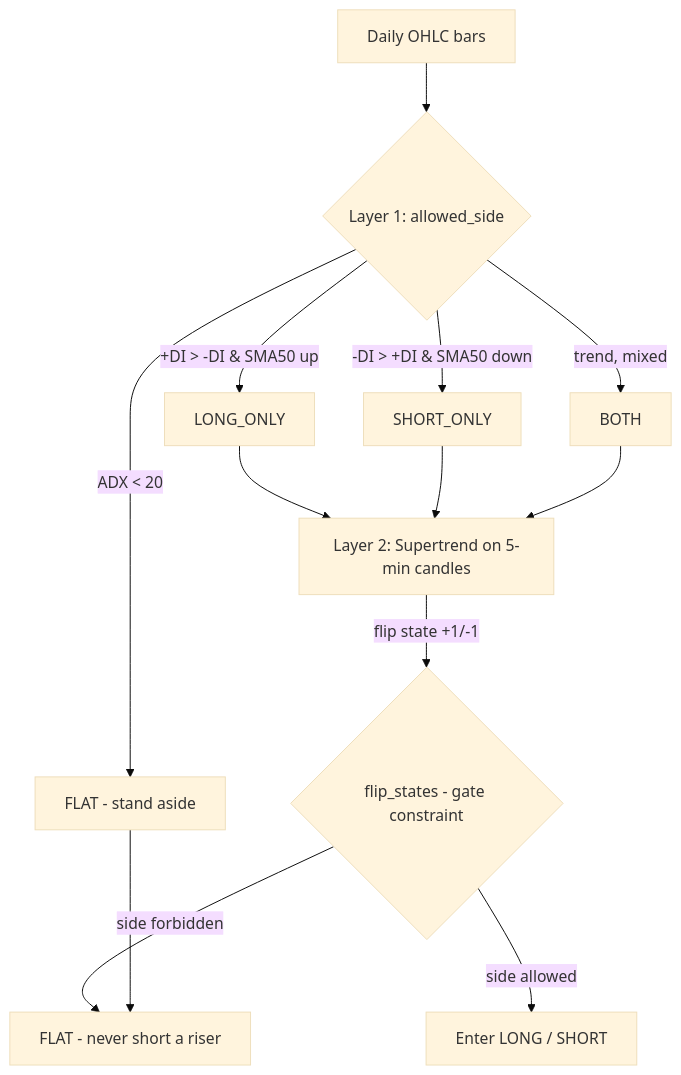
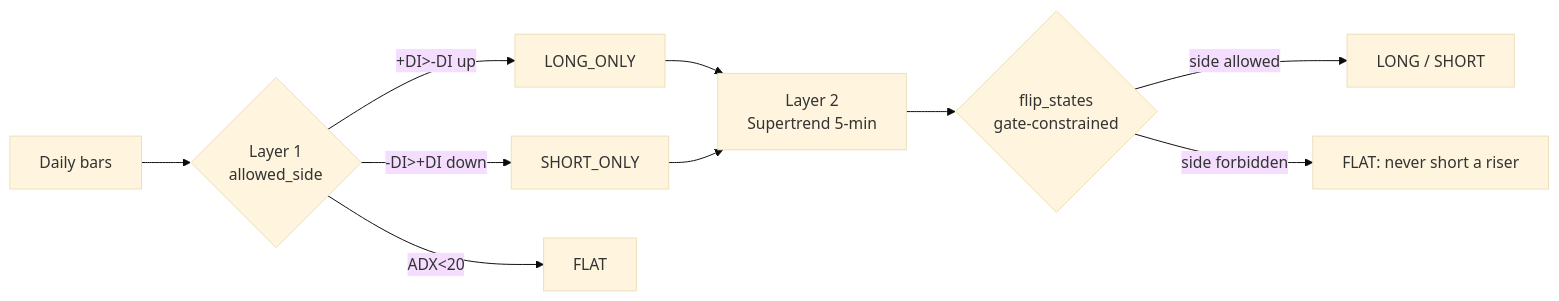
One commit to soumyaswain8-droid/tradepilot changed the first of 2 diagrams in docs/reports/2026-06-09_session-audit-and-learnings.md. Above: the diagram before and after it, drawn with Mermaid (base theme). The commit also changed other lines of this file and 1 other file, not shown here.

Commit message:
docs(report): fix PDF styling — install report.css, scale diagrams, drop forced page-breaks
Root cause of the generic-looking PDF: no report.css was installed (dp fell back to
bare output). Installed report.css globally; converted the tall TD mermaid to a
compact LR layout; added img max-width to the stylesheet so wide diagrams don't
clip; removed manual page-breaks that orphaned headings. 5 pages, no blanks,
visually QA'd via pdftoppm.

````diff
--- a/docs/reports/2026-06-09_session-audit-and-learnings.md
+++ b/docs/reports/2026-06-09_session-audit-and-learnings.md
@@ -94,15 +90,12 @@
 ```mermaid
-graph TD
-    A[Daily OHLC bars] --> B{Layer 1: allowed_side}
-    B -->|ADX < 20| F[FLAT - stand aside]
-    B -->|+DI &gt; -DI &amp; SMA50 up| L[LONG_ONLY]
-    B -->|-DI &gt; +DI &amp; SMA50 down| S[SHORT_ONLY]
-    B -->|trend, mixed| BO[BOTH]
-    L --> C[Layer 2: Supertrend on 5-min candles]
+graph LR
+    A[Daily bars] --> B{Layer 1<br/>allowed_side}
+    B -->|+DI&gt;-DI up| L[LONG_ONLY]
+    B -->|-DI&gt;+DI down| S[SHORT_ONLY]
+    B -->|ADX&lt;20| F[FLAT]
+    L --> C[Layer 2<br/>Supertrend 5-min]
     S --> C
-    BO --> C
-    C -->|flip state +1/-1| D{flip_states - gate constraint}
-    D -->|side allowed| P[Enter LONG / SHORT]
-    D -->|side forbidden| F2[FLAT - never short a riser]
-    F --> F2
+    C --> D{flip_states<br/>gate-constrained}
+    D -->|side allowed| P[LONG / SHORT]
+    D -->|side forbidden| F2[FLAT: never short a riser]
 ```
````
